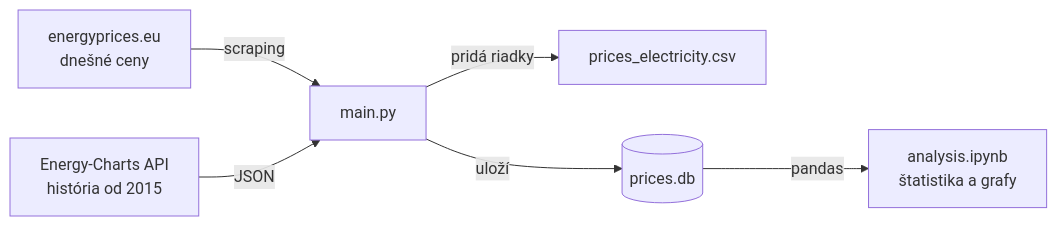
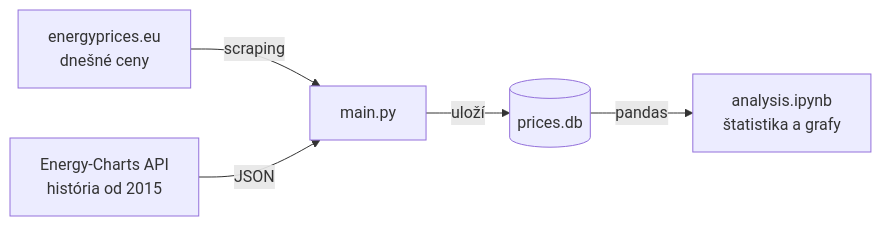
One commit to Matus1232/Script-for-electricity-prices-with-prediction changed the first of 2 diagrams in README.md. Above: the diagram before and after it, drawn with Mermaid. The commit also changed other lines of this file and 2 other files, not shown here.

````diff
--- a/README.md
+++ b/README.md
@@ -31,8 +31,7 @@
 ```mermaid
 flowchart LR
     W["energyprices.eu<br>dnešné ceny"] -- "scraping" --> M["main.py"]
     E["Energy-Charts API<br>história od 2015"] -- "JSON" --> M
-    M -- "pridá riadky" --> C["prices_electricity.csv"]
     M -- "uloží" --> D[("prices.db")]
     D -- "pandas" --> N["analysis.ipynb<br>štatistika a grafy"]
 ```
````
